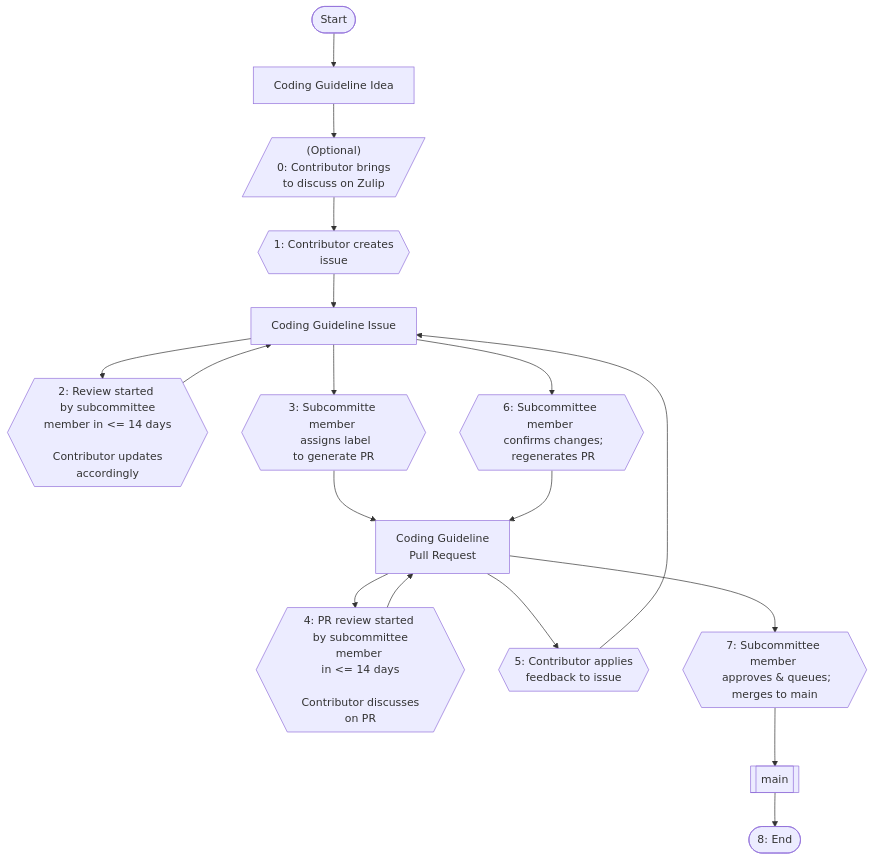
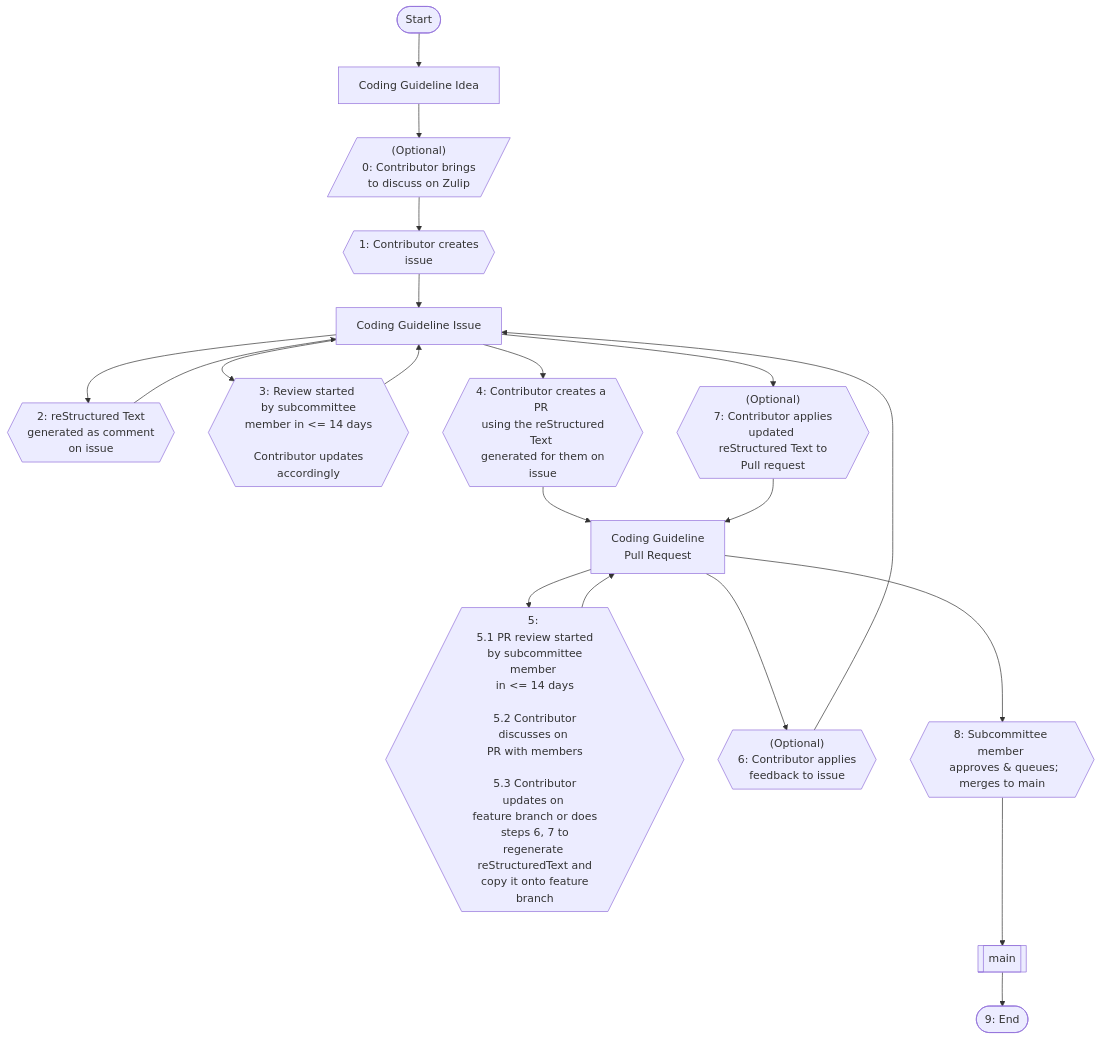
One commit to rustfoundation/safety-critical-rust-coding-guidelines changed the diagram in CONTRIBUTING.md. Above: the diagram before and after it, drawn with Mermaid. The commit also changed other lines of this file, not shown here.

Commit message:
feat: update contribution workflow based on guideline generated as content

````diff
--- a/CONTRIBUTING.md
+++ b/CONTRIBUTING.md
@@ -31,21 +32,23 @@
 ```mermaid
 flowchart TD
   Start(["Start"]) --> Idea["Coding Guideline Idea"]
   Idea --> Zulip[/"(Optional)<br>0: Contributor brings <br> to discuss on Zulip"/]
   Zulip --> CreateIssue{{"1: Contributor creates <br> issue"}}
   CreateIssue --> Issue["Coding Guideline Issue"]
 
-  %% short local loops (no long edges)
-  S2{{"2: Review started <br> by subcommittee <br> member in <= 14 days <br><br> Contributor updates accordingly"}} --> Issue
+  S2{{"2: reStructured Text <br> generated as comment <br> on issue"}} --> Issue
   Issue --> S2
 
-  Issue --> S3{{"3: Subcommitte member <br> assigns label<br>to generate PR"}} --> PR["Coding Guideline<br>Pull Request"]
+  S3{{"3: Review started <br> by subcommittee <br> member in <= 14 days <br><br> Contributor updates accordingly"}} --> Issue
+  Issue --> S3
 
-  S4{{"4: PR review started <br> by subcommittee member <br> in <= 14 days <br><br> Contributor discusses on PR"}} --> PR
-  PR --> S4
+  Issue --> S4{{"4: Contributor creates a PR <br> using the reStructured Text <br> generated for them on issue"}} --> PR["Coding Guideline<br>Pull Request"]
 
-  PR --> S5{{"5: Contributor applies <br> feedback to issue"}} --> Issue
-  Issue --> S6{{"6: Subcommittee member <br> confirms changes;<br> regenerates PR"}} --> PR
-  PR --> S7{{"7: Subcommittee member <br> approves & queues;<br>merges to main"}} --> Main[[main]]
-  Main --> End(["8: End"])
+  S5{{"5: <br> 5.1 PR review started <br> by subcommittee member <br> in <= 14 days <br><br> 5.2 Contributor discusses on <br> PR with members <br><br> 5.3 Contributor updates on <br> feature branch or does <br> steps 6, 7 to regenerate <br> reStructuredText and <br> copy it onto feature branch"}} --> PR
+  PR --> S5
+
+  PR --> S6{{"(Optional) <br> 6: Contributor applies <br> feedback to issue"}} --> Issue
+  Issue --> S7{{"(Optional)<br> 7: Contributor applies updated <br> reStructured Text to Pull request"}} --> PR
+  PR --> S8{{"8: Subcommittee member <br> approves & queues;<br>merges to main"}} --> Main[[main]]
+  Main --> End(["9: End"])
 ```
````
